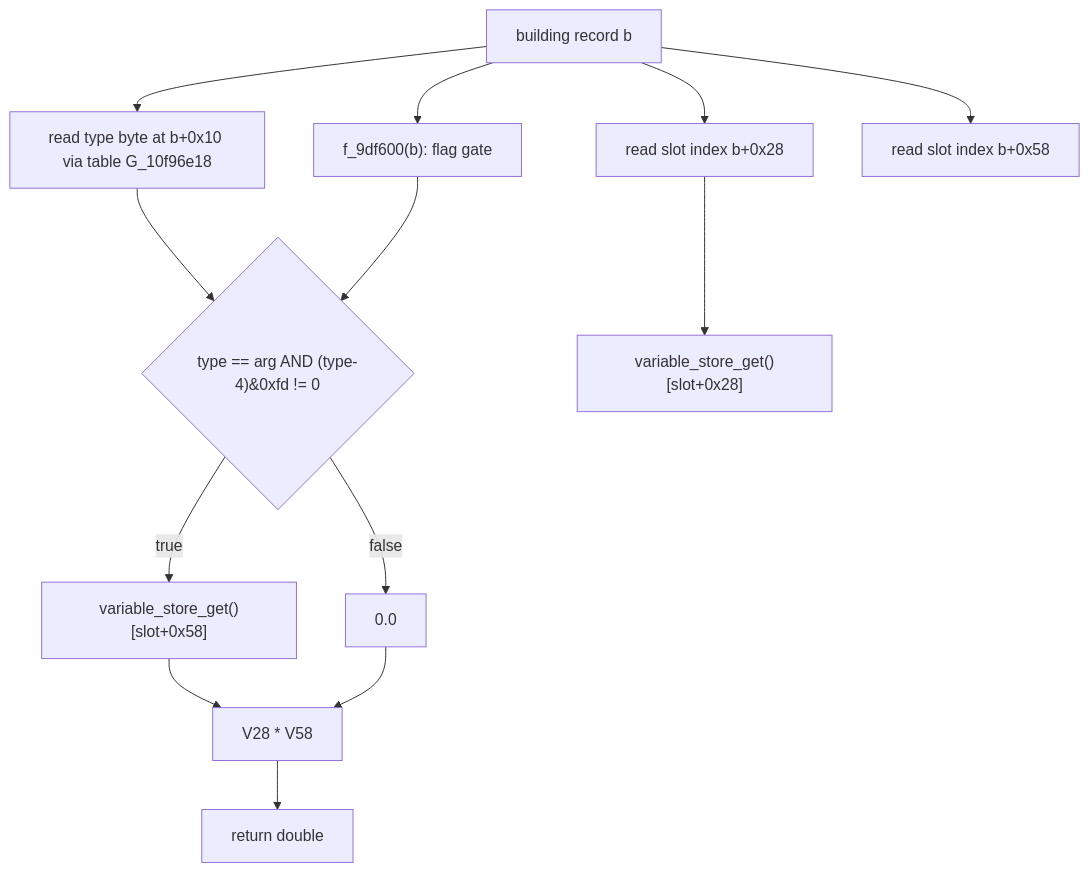
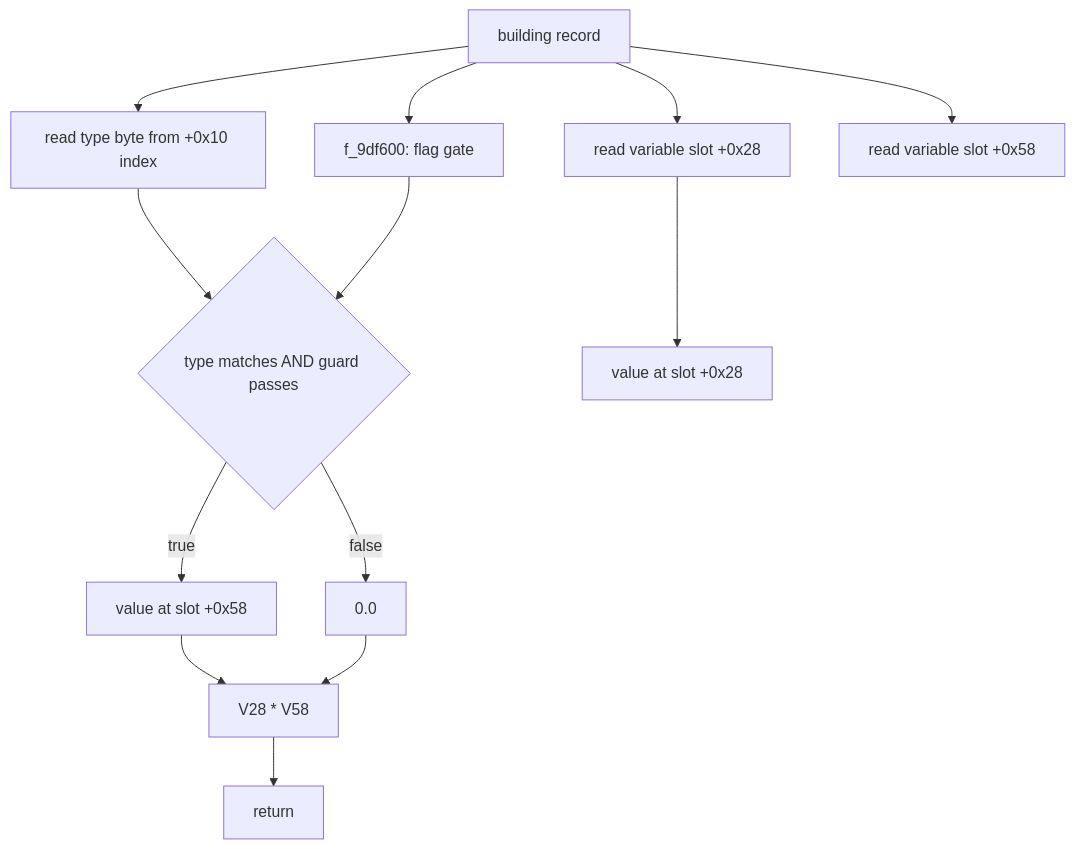
One commit to CthulhuOnIce/GPS-Docs changed the second of 8 diagrams in 02_ECONOMY.md. Above: the diagram before and after it, drawn with Mermaid. The commit also changed other lines of this file and 5 other files, not shown here.

````diff
--- a/02_ECONOMY.md
+++ b/02_ECONOMY.md
@@ -124,15 +144,15 @@
 ```mermaid
 flowchart TD
-    B["building record b"] --> T["read type byte at b+0x10 via table G_10f96e18"]
-    B --> G1["f_9df600(b): flag gate"]
-    B --> S28["read slot index b+0x28"]
-    B --> S58["read slot index b+0x58"]
-    T --> C{"type == arg AND (type-4)&0xfd != 0"}
+    B["building record"] --> T["read type byte from +0x10 index"]
+    B --> G1["f_9df600: flag gate"]
+    B --> S28["read variable slot +0x28"]
+    B --> S58["read variable slot +0x58"]
+    T --> C{"type matches AND guard passes"}
     G1 --> C
-    C -->|true| V58["variable_store_get()[slot+0x58]"]
+    C -->|true| V58["value at slot +0x58"]
     C -->|false| Z["0.0"]
-    S28 --> V28["variable_store_get()[slot+0x28]"]
+    S28 --> V28["value at slot +0x28"]
     V58 --> MUL["V28 * V58"]
     Z --> MUL
-    MUL --> OUT["return double"]
+    MUL --> OUT["return"]
 ```
````
